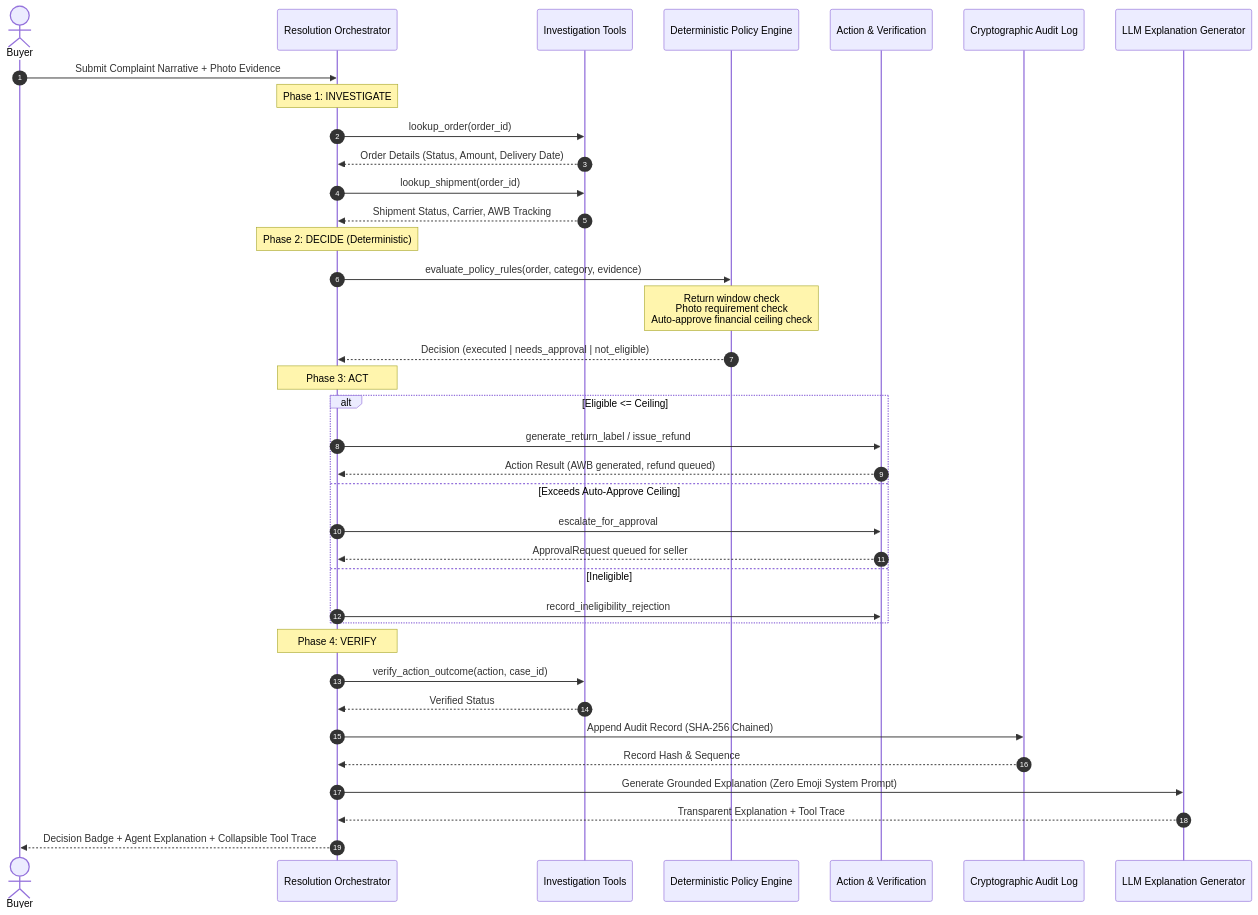
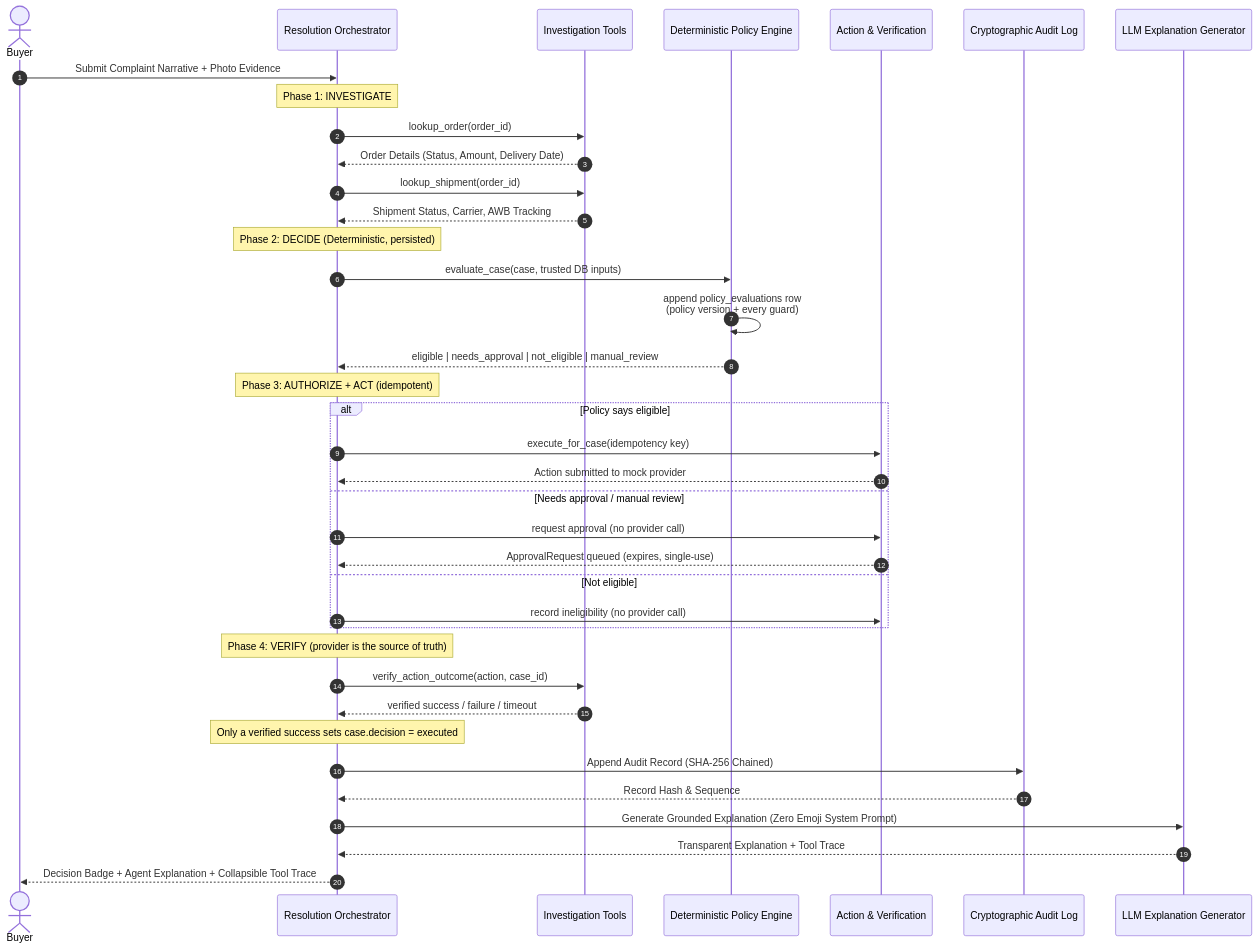
One commit to avinashsinghpal/AgentX_Hackathon changed the second of 2 diagrams in docs/architecture.md. Above: the diagram before and after it, drawn with Mermaid. The commit also changed other lines of this file and 100 other files, not shown here.

````diff
--- a/docs/architecture.md
+++ b/docs/architecture.md
@@ -94,45 +94,46 @@
 ```mermaid
 sequenceDiagram
     autonumber
     actor Customer as Buyer
     participant Orch as Resolution Orchestrator
     participant Tools as Investigation Tools
     participant Policy as Deterministic Policy Engine
     participant Action as Action & Verification
     participant Audit as Cryptographic Audit Log
     participant LLM as LLM Explanation Generator
 
     Customer->>Orch: Submit Complaint Narrative + Photo Evidence
     Note over Orch: Phase 1: INVESTIGATE
     Orch->>Tools: lookup_order(order_id)
     Tools-->>Orch: Order Details (Status, Amount, Delivery Date)
     Orch->>Tools: lookup_shipment(order_id)
     Tools-->>Orch: Shipment Status, Carrier, AWB Tracking
 
-    Note over Orch: Phase 2: DECIDE (Deterministic)
-    Orch->>Policy: evaluate_policy_rules(order, category, evidence)
-    Note over Policy: Return window check<br/>Photo requirement check<br/>Auto-approve financial ceiling check
-    Policy-->>Orch: Decision (executed | needs_approval | not_eligible)
+    Note over Orch: Phase 2: DECIDE (Deterministic, persisted)
+    Orch->>Policy: evaluate_case(case, trusted DB inputs)
+    Policy->>Policy: append policy_evaluations row<br/>(policy version + every guard)
+    Policy-->>Orch: eligible | needs_approval | not_eligible | manual_review
 
-    Note over Orch: Phase 3: ACT
-    alt Eligible <= Ceiling
-        Orch->>Action: generate_return_label / issue_refund
-        Action-->>Orch: Action Result (AWB generated, refund queued)
-    else Exceeds Auto-Approve Ceiling
-        Orch->>Action: escalate_for_approval
-        Action-->>Orch: ApprovalRequest queued for seller
-    else Ineligible
-        Orch->>Action: record_ineligibility_rejection
+    Note over Orch: Phase 3: AUTHORIZE + ACT (idempotent)
+    alt Policy says eligible
+        Orch->>Action: execute_for_case(idempotency key)
+        Action-->>Orch: Action submitted to mock provider
+    else Needs approval / manual review
+        Orch->>Action: request approval (no provider call)
+        Action-->>Orch: ApprovalRequest queued (expires, single-use)
+    else Not eligible
+        Orch->>Action: record ineligibility (no provider call)
     end
 
-    Note over Orch: Phase 4: VERIFY
+    Note over Orch: Phase 4: VERIFY (provider is the source of truth)
     Orch->>Tools: verify_action_outcome(action, case_id)
-    Tools-->>Orch: Verified Status
+    Tools-->>Orch: verified success / failure / timeout
+    Note over Orch: Only a verified success sets case.decision = executed
 
     Orch->>Audit: Append Audit Record (SHA-256 Chained)
     Audit-->>Orch: Record Hash & Sequence
 
     Orch->>LLM: Generate Grounded Explanation (Zero Emoji System Prompt)
     LLM-->>Orch: Transparent Explanation + Tool Trace
     Orch-->>Customer: Decision Badge + Agent Explanation + Collapsible Tool Trace
 ```
````
